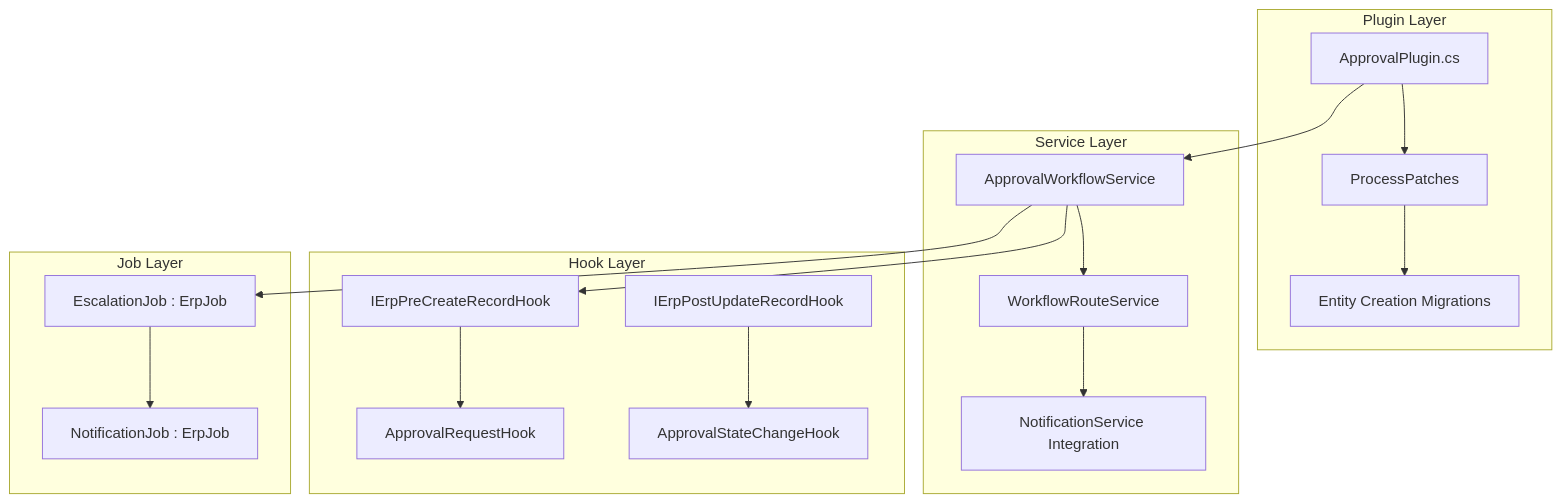
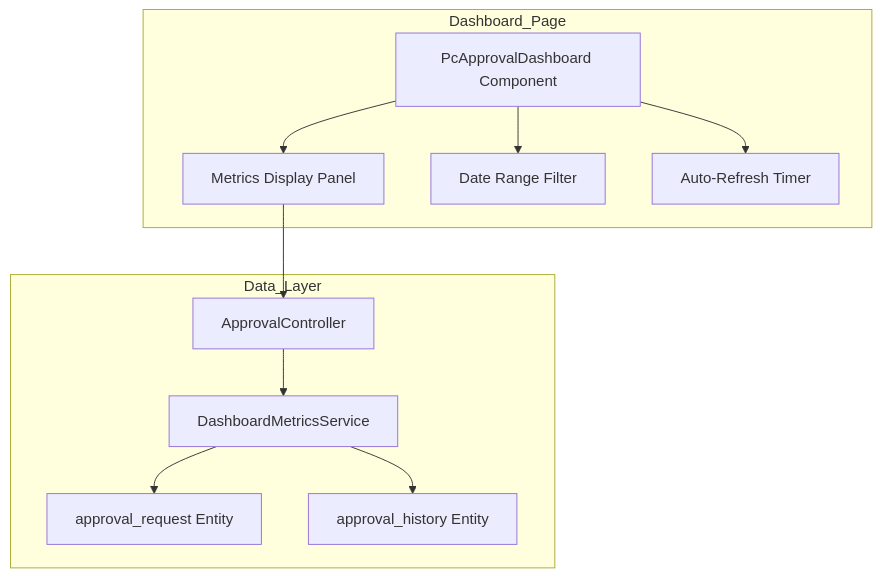
One commit to blitzy-public-samples/blitzy-WebVella-ERP changed the first of 3 diagrams in blitzy/documentation/Technical Specifications.md. Above: the diagram before and after it, drawn with Mermaid. The commit also changed other lines of this file, not shown here.

````diff
--- a/blitzy/documentation/Technical Specifications.md
+++ b/blitzy/documentation/Technical Specifications.md
@@ -163,25 +455,24 @@
 ```mermaid
-graph TB
-    subgraph "Plugin Layer"
-        A[ApprovalPlugin.cs] --> B[ProcessPatches]
-        B --> C[Entity Creation Migrations]
+graph TD
+    subgraph Dashboard_Page
+        A[PcApprovalDashboard Component]
+        B[Metrics Display Panel]
+        C[Date Range Filter]
+        D[Auto-Refresh Timer]
     end
     
-    subgraph "Service Layer"
-        D[ApprovalWorkflowService] --> E[WorkflowRouteService]
-        E --> F[NotificationService Integration]
+    subgraph Data_Layer
+        E[ApprovalController]
+        F[DashboardMetricsService]
+        G[approval_request Entity]
+        H[approval_history Entity]
     end
     
-    subgraph "Hook Layer"
-        G[IErpPreCreateRecordHook] --> H[ApprovalRequestHook]
-        I[IErpPostUpdateRecordHook] --> J[ApprovalStateChangeHook]
-    end
-    
-    subgraph "Job Layer"
-        K[EscalationJob : ErpJob] --> L[NotificationJob : ErpJob]
-    end
-    
+    A --> B
+    A --> C
     A --> D
-    D --> G
-    D --> K
+    B --> E
+    E --> F
+    F --> G
+    F --> H
 ```
````
